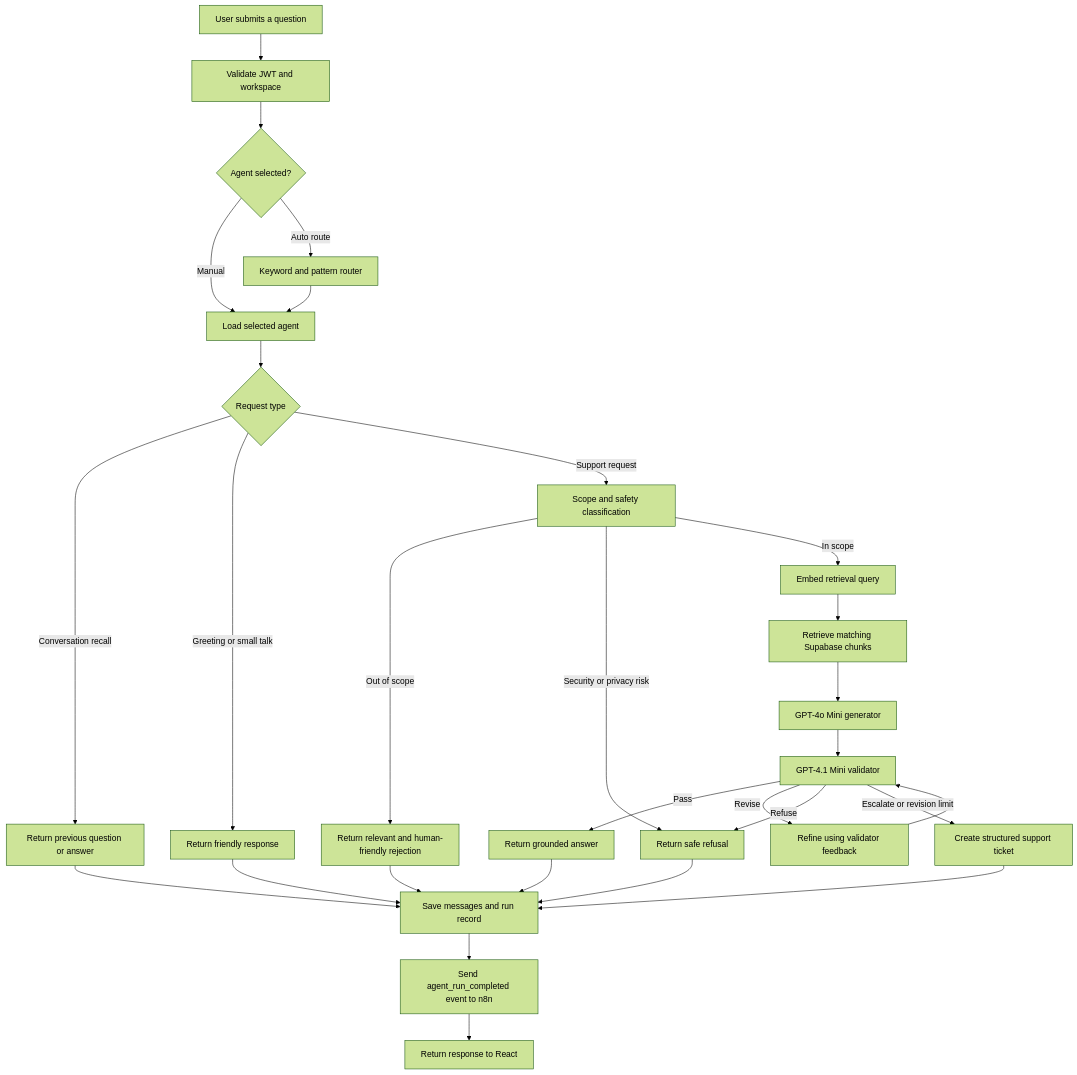
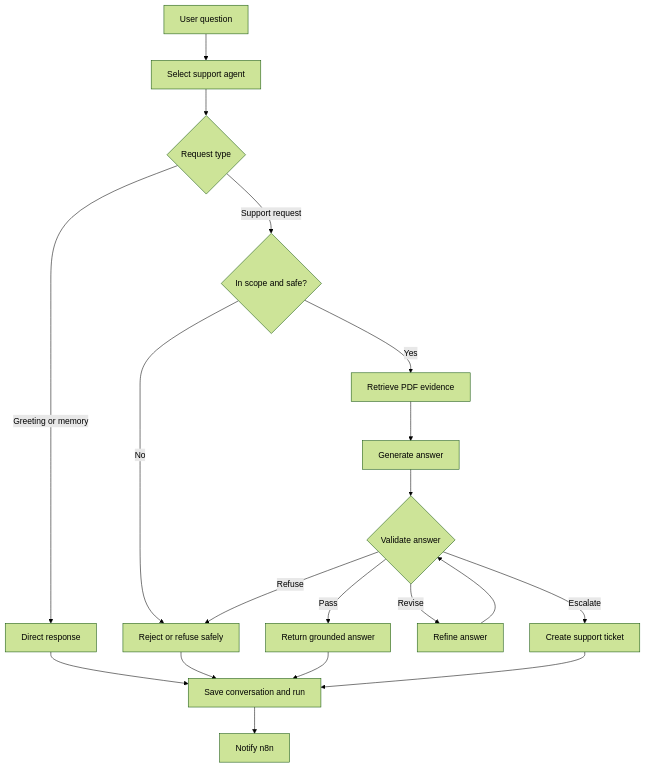
Before and after one commit to Maverick474/SupportFlow-AI: the second of 4 diagrams in README.md, drawn with Mermaid (forest theme). The commit also changed other lines of this file, not shown here.

Commit message:
updated the diagram of readme md file

````diff
--- a/README.md
+++ b/README.md
@@ -86,37 +73,21 @@
 ```mermaid
 flowchart TD
-    Question[User submits a question] --> Authenticate[Validate JWT and workspace]
-    Authenticate --> SelectAgent{Agent selected?}
-    SelectAgent -->|Manual| AgentConfig[Load selected agent]
-    SelectAgent -->|Auto route| Router[Keyword and pattern router]
-    Router --> AgentConfig
-
-    AgentConfig --> Entry{Request type}
-    Entry -->|Conversation recall| Recall[Return previous question or answer]
-    Entry -->|Greeting or small talk| SmallTalk[Return friendly response]
-    Entry -->|Support request| Scope[Scope and safety classification]
-
-    Scope -->|Out of scope| Reject[Return relevant and human-friendly rejection]
-    Scope -->|Security or privacy risk| Refuse[Return safe refusal]
-    Scope -->|In scope| Embed[Embed retrieval query]
-
-    Embed --> Retrieve[Retrieve matching Supabase chunks]
-    Retrieve --> Generate[GPT-4o Mini generator]
-    Generate --> Validate[GPT-4.1 Mini validator]
-
-    Validate -->|Pass| Approved[Return grounded answer]
-    Validate -->|Revise| Refine[Refine using validator feedback]
+    Question[User question] --> Route[Select support agent]
+    Route --> Type{Request type}
+    Type -->|Greeting or memory| Direct[Direct response]
+    Type -->|Support request| Scope{In scope and safe?}
+    Scope -->|No| Reject[Reject or refuse safely]
+    Scope -->|Yes| Retrieve[Retrieve PDF evidence]
+    Retrieve --> Generate[Generate answer]
+    Generate --> Validate{Validate answer}
+    Validate -->|Pass| Answer[Return grounded answer]
+    Validate -->|Revise| Refine[Refine answer]
     Refine --> Validate
-    Validate -->|Refuse| Refuse
-    Validate -->|Escalate or revision limit| TicketAgent[Create structured support ticket]
-
-    Approved --> Persist[Save messages and run record]
-    Reject --> Persist
-    Refuse --> Persist
-    Recall --> Persist
-    SmallTalk --> Persist
-    TicketAgent --> Persist
-
-    Persist --> Webhook[Send agent_run_completed event to n8n]
-    Webhook --> Response[Return response to React]
+    Validate -->|Escalate| Ticket[Create support ticket]
+    Validate -->|Refuse| Reject
+    Direct --> Save[Save conversation and run]
+    Reject --> Save
+    Answer --> Save
+    Ticket --> Save
+    Save --> Event[Notify n8n]
 ```
````
